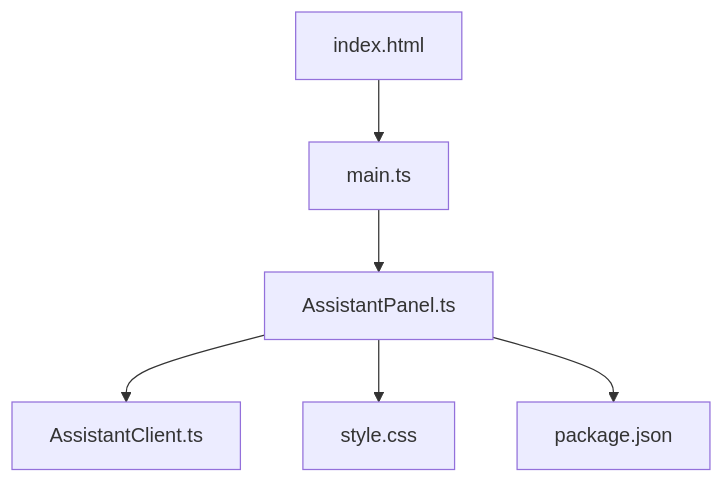
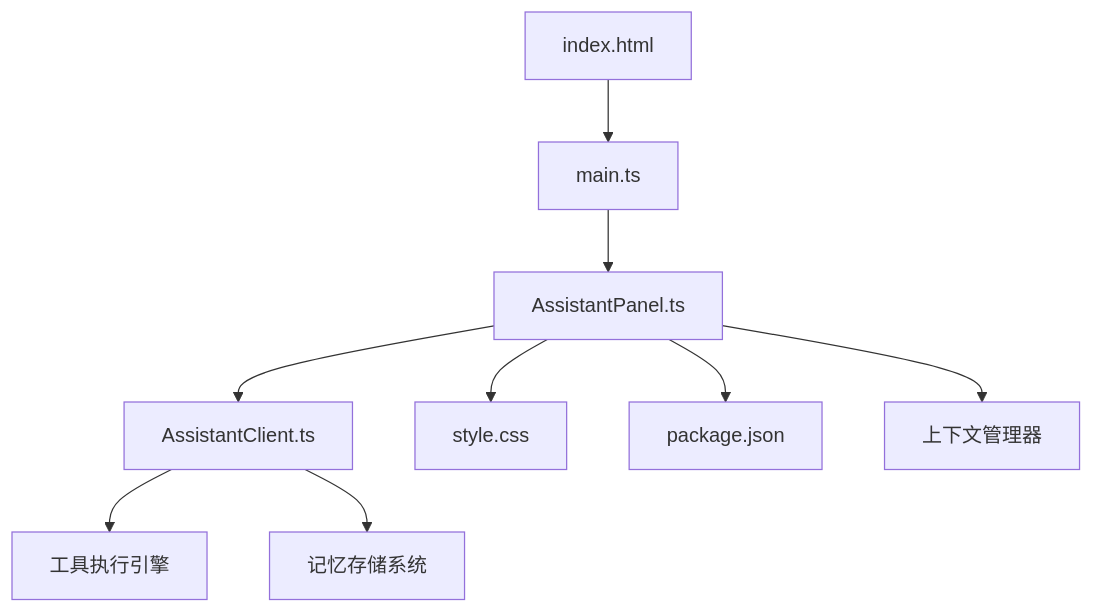
One commit to Wumiu/Petra changed the first of 3 diagrams in .qoder/repowiki/zh/content/AI助手模块/AssistantPanel用户界面.md. Above: the diagram before and after it, drawn with Mermaid. The commit also changed other lines of this file and 45 other files, not shown here.

````diff
--- a/.qoder/repowiki/zh/content/AI助手模块/AssistantPanel用户界面.md
+++ b/.qoder/repowiki/zh/content/AI助手模块/AssistantPanel用户界面.md
@@ -36,8 +47,11 @@
 ```mermaid
 graph TB
 A["index.html"] --> B["main.ts"]
 B --> C["AssistantPanel.ts"]
 C --> D["AssistantClient.ts"]
 C --> E["style.css"]
 C --> F["package.json"]
+D --> G["工具执行引擎"]
+D --> H["记忆存储系统"]
+C --> I["上下文管理器"]
 ```
````
